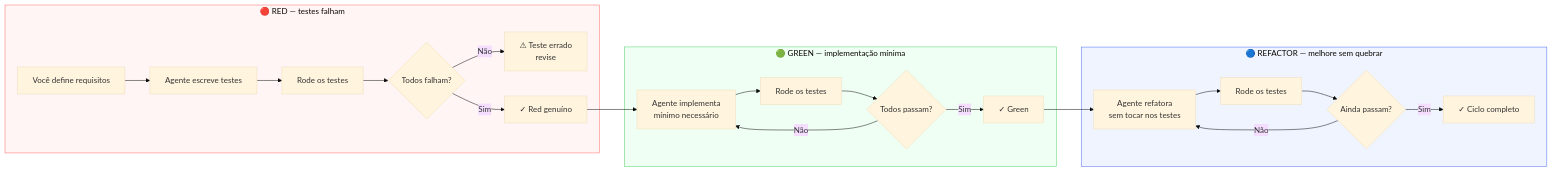
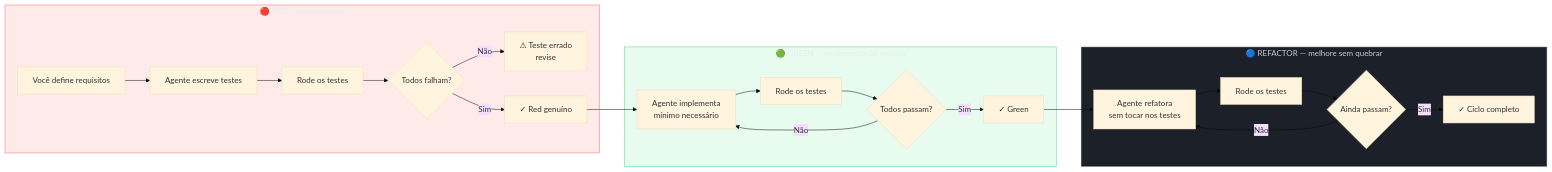
The diagram in 03-Dominios/Tecnologia/IA/Claude Code/Workflows/02 - TDD com Claude Code.md (josenaldo/codex-technomanticus), drawn with Mermaid (base theme) before and after one commit. The commit also changed 1181 other files, not shown here.

First line of the commit message:
fix(diagramas): paleta do sistema no lugar de cor cravada no markdown

````diff
--- a/03-Dominios/Tecnologia/IA/Claude Code/Workflows/02 - TDD com Claude Code.md
+++ b/03-Dominios/Tecnologia/IA/Claude Code/Workflows/02 - TDD com Claude Code.md
@@ -48,30 +48,33 @@
 ```mermaid
 flowchart LR
+    classDef falha fill:#FF6B6B24,stroke:#FF6B6B,color:#E9ECF2
+    classDef ok fill:#4ADE8021,stroke:#4ADE80,color:#E9ECF2
+    classDef neutro fill:#1B2029,stroke:#4E5666,color:#C6CCD8
     subgraph RED ["🔴 RED — testes falham"]
         A[Você define requisitos] --> B[Agente escreve testes]
         B --> C[Rode os testes]
         C --> D{Todos falham?}
         D -- Não --> E[⚠ Teste errado\nrevise]
         D -- Sim --> F[✓ Red genuíno]
     end
 
     subgraph GREEN ["🟢 GREEN — implementação mínima"]
         F --> G[Agente implementa\nmínimo necessário]
         G --> H[Rode os testes]
         H --> I{Todos passam?}
         I -- Não --> G
         I -- Sim --> J[✓ Green]
     end
 
     subgraph REFACTOR ["🔵 REFACTOR — melhore sem quebrar"]
         J --> K[Agente refatora\nsem tocar nos testes]
         K --> L[Rode os testes]
         L --> M{Ainda passam?}
         M -- Não --> K
         M -- Sim --> N[✓ Ciclo completo]
     end
 
-    style RED fill:#fff5f5,stroke:#ff6b6b
-    style GREEN fill:#f0fff4,stroke:#51cf66
-    style REFACTOR fill:#f0f4ff,stroke:#4c6ef5
+    class RED falha
+    class GREEN ok
+    class REFACTOR neutro
 ```
````
